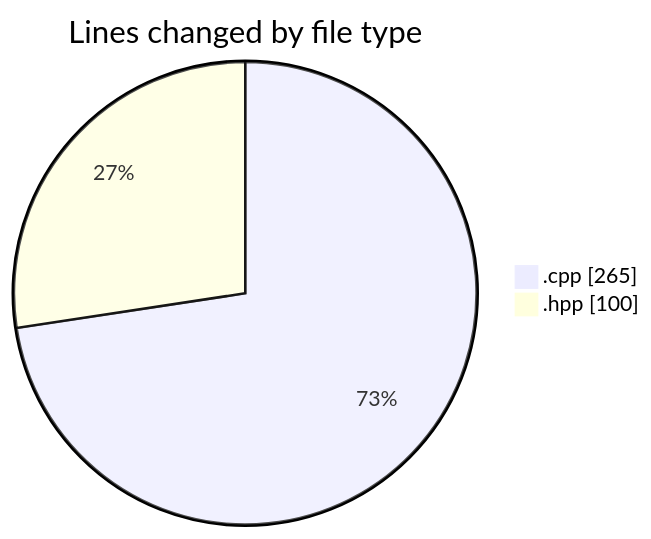
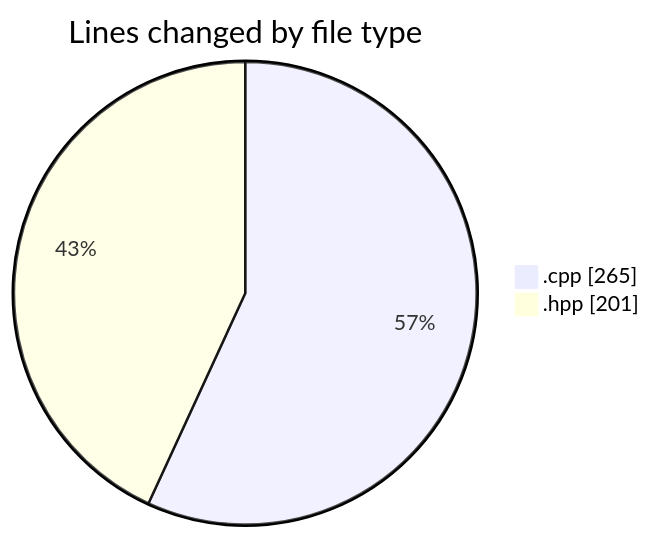
One commit to Netris89/code-tracking changed the first of 2 diagrams in 2025-04-25/echo/README.md. Above: the diagram before and after it, drawn with Mermaid. The commit also changed other lines of this file and 1 other file, not shown here.

````diff
--- a/2025-04-25/echo/README.md
+++ b/2025-04-25/echo/README.md
@@ -21,6 +21,6 @@
 ```mermaid
 pie showData
 title Lines changed by file type
 ".cpp" : 265
-".hpp" : 100
+".hpp" : 201
 ```
````
